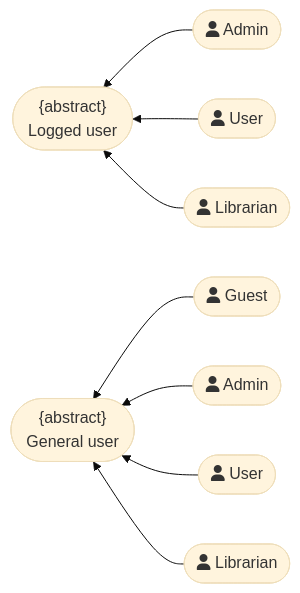
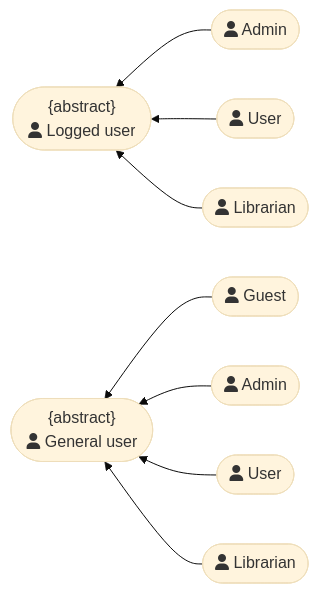
Before and after one commit to DuyNhat1705/AmeThyst-Library: the first of 9 diagrams in docs/management/PA3/Use-CaseDiagram.md, drawn with Mermaid (base theme). The commit also changed other lines of this file and 1 other file, not shown here.

Commit message:
fix a little bit syntax of uc specs

````diff
--- a/docs/management/PA3/Use-CaseDiagram.md
+++ b/docs/management/PA3/Use-CaseDiagram.md
@@ -27,26 +27,26 @@
 ```mermaid
 flowchart RL
-    L1(["<center>{abstract} <br> Logged user</center>"])
+    L1(["<center>{abstract} <br> fa:fa-user Logged user</center>"])
 
     L2_1([fa:fa-user Admin])
     L2_2([fa:fa-user User])
     L2_3([fa:fa-user Librarian])
 
-    L3(["<center>{abstract} <br> General user</center>"])
+    L3(["<center>{abstract} <br> fa:fa-user General user</center>"])
 
     L4_1([fa:fa-user Guest])
     L4_2([fa:fa-user Admin])
     L4_3([fa:fa-user User])
     L4_4([fa:fa-user Librarian])
 
     L2_1 --> L1
     L2_2 --> L1
     L2_3 --> L1
  
     L4_1 --> L3
     L4_2 --> L3
     L4_3 --> L3
     L4_4 --> L3
 
     
 ```
````
